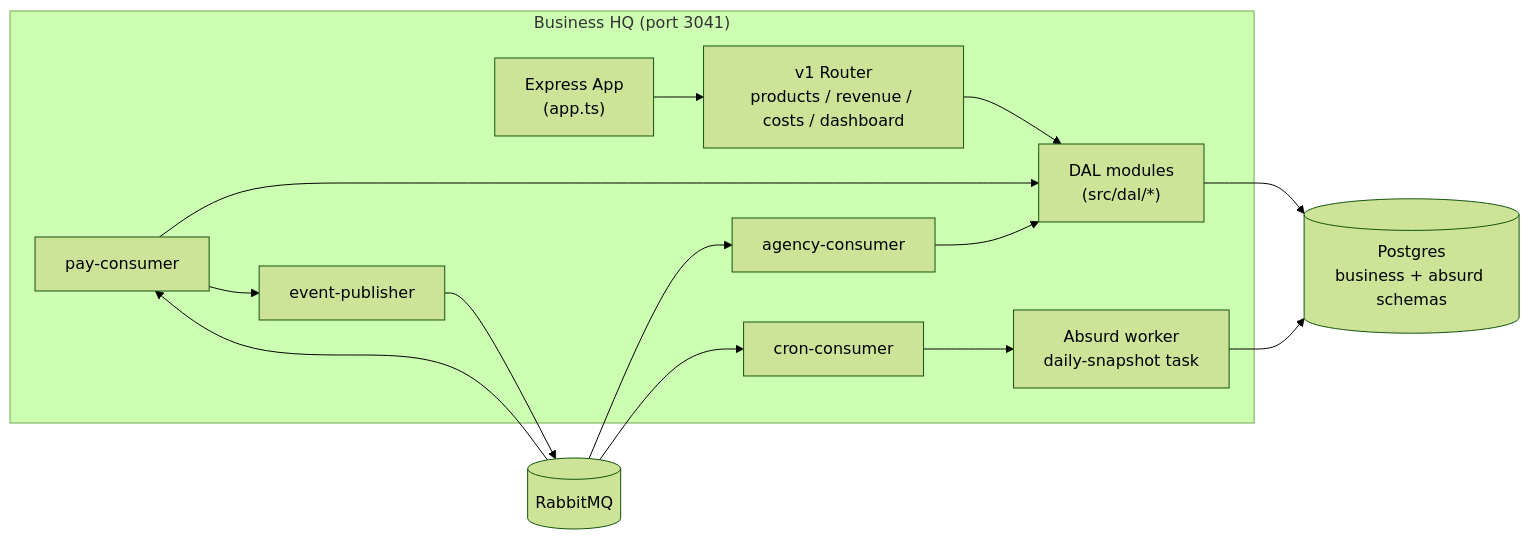
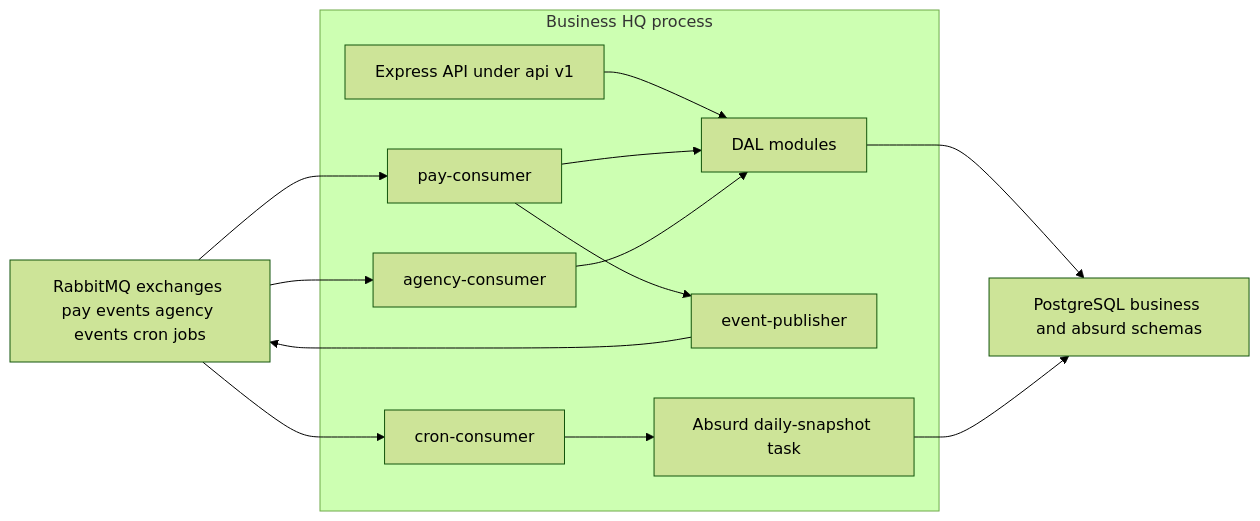
The diagram in content/repos/Jeffrey-Keyser-business-hq/Architecture.md (Jeffrey-Keyser/project-wiki), drawn with Mermaid (forest theme) before and after one commit. The commit also changed other lines of this file and 150 other files, not shown here.

````diff
--- a/content/repos/Jeffrey-Keyser-business-hq/Architecture.md
+++ b/content/repos/Jeffrey-Keyser-business-hq/Architecture.md
@@ -12,24 +10,25 @@
 ```mermaid
 flowchart LR
-  subgraph BHQ["Business HQ (port 3041)"]
-    APP["Express App<br/>(app.ts)"]
-    V1["v1 Router<br/>products / revenue / costs / dashboard"]
-    PAY["pay-consumer"]
-    AGN["agency-consumer"]
-    CRN["cron-consumer"]
-    ABS["Absurd worker<br/>daily-snapshot task"]
-    DAL["DAL modules<br/>(src/dal/*)"]
+  RMQ["RabbitMQ exchanges pay events agency events cron jobs"]
+  subgraph BHQ["Business HQ process"]
+    API["Express API under api v1"]
+    PC["pay-consumer"]
+    AC["agency-consumer"]
+    CC["cron-consumer"]
+    ABS["Absurd daily-snapshot task"]
     PUB["event-publisher"]
+    DAL["DAL modules"]
   end
-  PG[("Postgres<br/>business + absurd schemas")]
-  RMQ[("RabbitMQ")]
-
-  APP --> V1 --> DAL --> PG
-  PAY --> DAL
-  AGN --> DAL
-  CRN --> ABS --> PG
-  PAY --> PUB --> RMQ
-  RMQ --> PAY
-  RMQ --> AGN
-  RMQ --> CRN
+  PG["PostgreSQL business and absurd schemas"]
+  RMQ --> PC
+  RMQ --> AC
+  RMQ --> CC
+  CC --> ABS
+  API --> DAL
+  PC --> DAL
+  AC --> DAL
+  PC --> PUB
+  PUB --> RMQ
+  DAL --> PG
+  ABS --> PG
 ```
````
